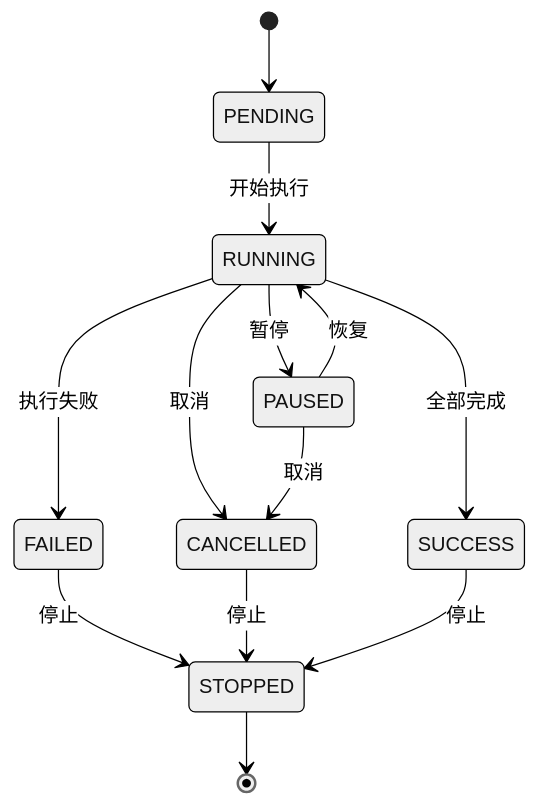
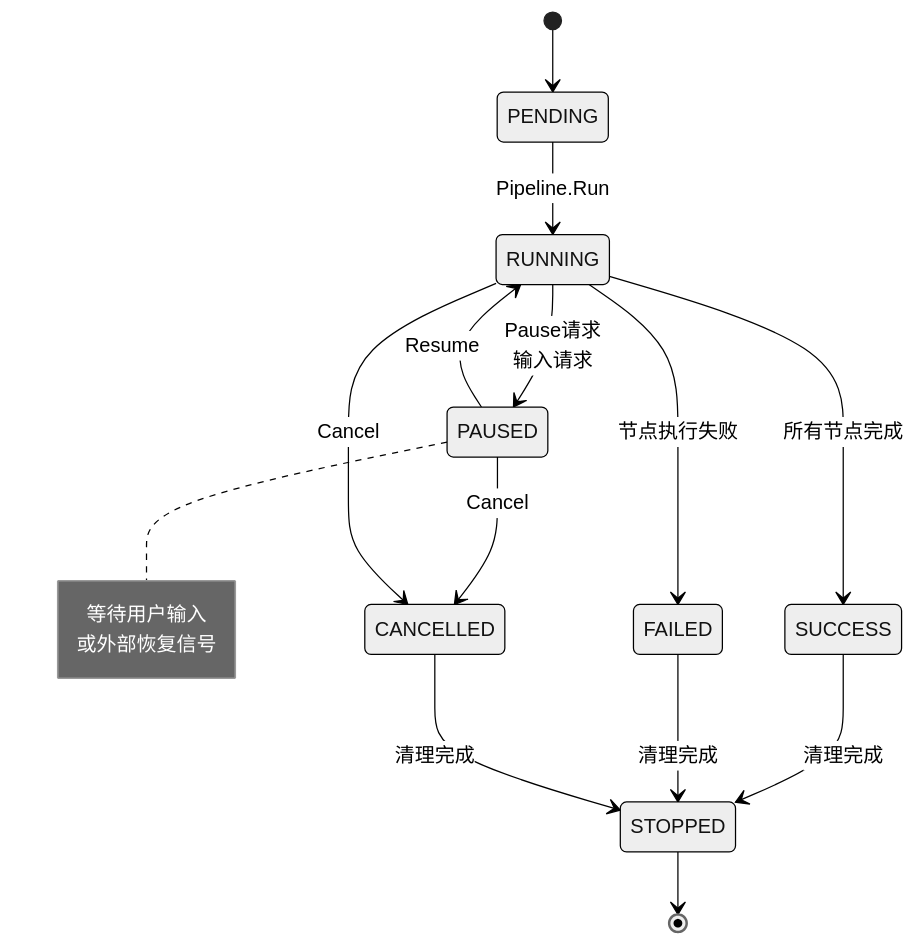
Before and after one commit to LerkoX/flowx: diagram 14 of 15 in dag/FLOWS.md, drawn with Mermaid (neutral theme). The commit also changed other lines of this file and 6 other files, not shown here.

First line of the commit message:
docs: enhance module flow diagrams with detailed implementation flows

````diff
--- a/dag/FLOWS.md
+++ b/dag/FLOWS.md
@@ -140,15 +348,21 @@
 ```mermaid
 stateDiagram-v2
     [*] --> PENDING
-    PENDING --> RUNNING: 开始执行
-    RUNNING --> PAUSED: 暂停
-    PAUSED --> RUNNING: 恢复
-    RUNNING --> SUCCESS: 全部完成
-    RUNNING --> FAILED: 执行失败
-    RUNNING --> CANCELLED: 取消
-    PAUSED --> CANCELLED: 取消
-    FAILED --> STOPPED: 停止
-    CANCELLED --> STOPPED: 停止
-    SUCCESS --> STOPPED: 停止
+    PENDING --> RUNNING: Pipeline.Run
+
+    RUNNING --> PAUSED: Pause请求<br/>输入请求
+    PAUSED --> RUNNING: Resume
+    PAUSED --> CANCELLED: Cancel
+
+    RUNNING --> SUCCESS: 所有节点完成
+    RUNNING --> FAILED: 节点执行失败
+    RUNNING --> CANCELLED: Cancel
+
+    SUCCESS --> STOPPED: 清理完成
+    FAILED --> STOPPED: 清理完成
+    CANCELLED --> STOPPED: 清理完成
+
     STOPPED --> [*]
+
+    note right of PAUSED: 等待用户输入<br/>或外部恢复信号
 ```
````
